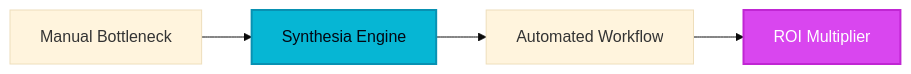
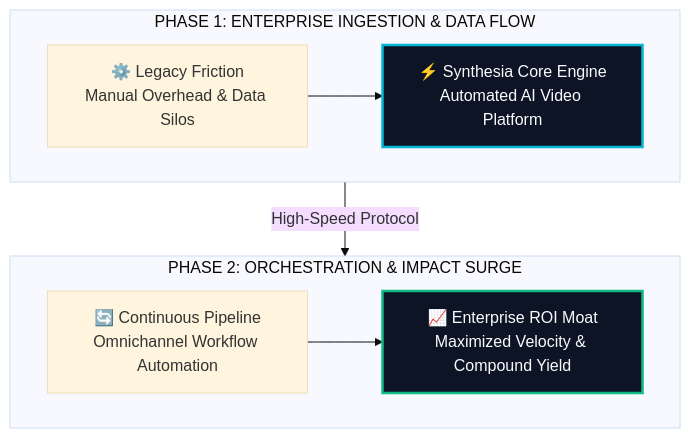
One commit to heliatech-media/saas-radar changed the diagram in site/src/content/blog/synthesia-evolution-guide-2026.md. Above: the diagram before and after it, drawn with Mermaid (base theme). The commit also changed 97 other files, not shown here.

First line of the commit message:
feat(diagrams): upgrade all article architecture schemas to high-impact 2-tier responsive vector blueprints

````diff
--- a/site/src/content/blog/synthesia-evolution-guide-2026.md
+++ b/site/src/content/blog/synthesia-evolution-guide-2026.md
@@ -51,8 +51,14 @@
 ```mermaid
-flowchart LR
-    A[Manual Bottleneck] --> B[Synthesia Engine]
-    B --> C[Automated Workflow]
-    C --> D[ROI Multiplier]
-    style B fill:#06b6d4,stroke:#0891b2,stroke-width:2px,color:#030712
-    style D fill:#d946ef,stroke:#c026d3,stroke-width:2px,color:#ffffff
+flowchart TD
+    subgraph S1["PHASE 1: ENTERPRISE INGESTION & DATA FLOW"]
+        direction LR
+        A["⚙️ Legacy Friction<br/>Manual Overhead & Data Silos"] --> B["⚡ Synthesia Core Engine<br/>Automated AI Video Platform"]
+    end
+    subgraph S2["PHASE 2: ORCHESTRATION & IMPACT SURGE"]
+        direction LR
+        C["🔄 Continuous Pipeline<br/>Omnichannel Workflow Automation"] --> D["📈 Enterprise ROI Moat<br/>Maximized Velocity & Compound Yield"]
+    end
+    S1 -->|High-Speed Protocol| S2
+    style B fill:#0c1425,stroke:#06b6d4,stroke-width:2.5px,color:#f8fafc
+    style D fill:#0c1425,stroke:#10b981,stroke-width:2.5px,color:#f8fafc
 ```
````
